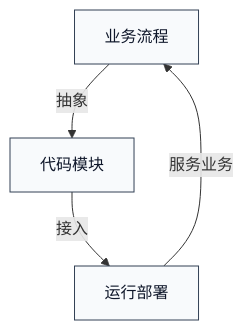
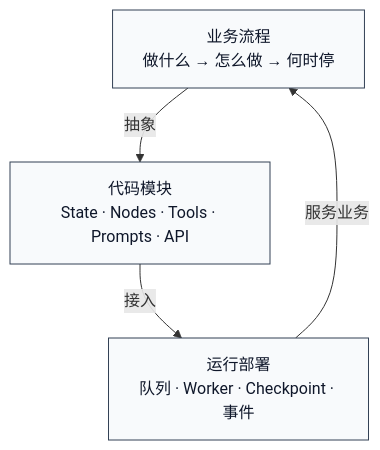
The second of 13 diagrams in ai-agent学习/06.LangGraph入门/16.LangGraph业务落地项目架构.md (sealzrt/2026-08--agent), drawn with Mermaid before and after one commit. The commit also changed other lines of this file and 13 other files, not shown here.

````diff
--- a/ai-agent学习/06.LangGraph入门/16.LangGraph业务落地项目架构.md
+++ b/ai-agent学习/06.LangGraph入门/16.LangGraph业务落地项目架构.md
@@ -57,8 +57,8 @@
 ```mermaid
 flowchart TD
-    A[业务流程] -->|抽象| B[代码模块]
-    B -->|接入| C[运行部署]
+    A["业务流程<br/>做什么 → 怎么做 → 何时停"] -->|抽象| B["代码模块<br/>State · Nodes · Tools · Prompts · API"]
+    B -->|接入| C["运行部署<br/>队列 · Worker · Checkpoint · 事件"]
     C -->|服务业务| A
     classDef neutral fill:#f8fafc,stroke:#334155,color:#0f172a
     class A,B,C neutral
 ```
````
